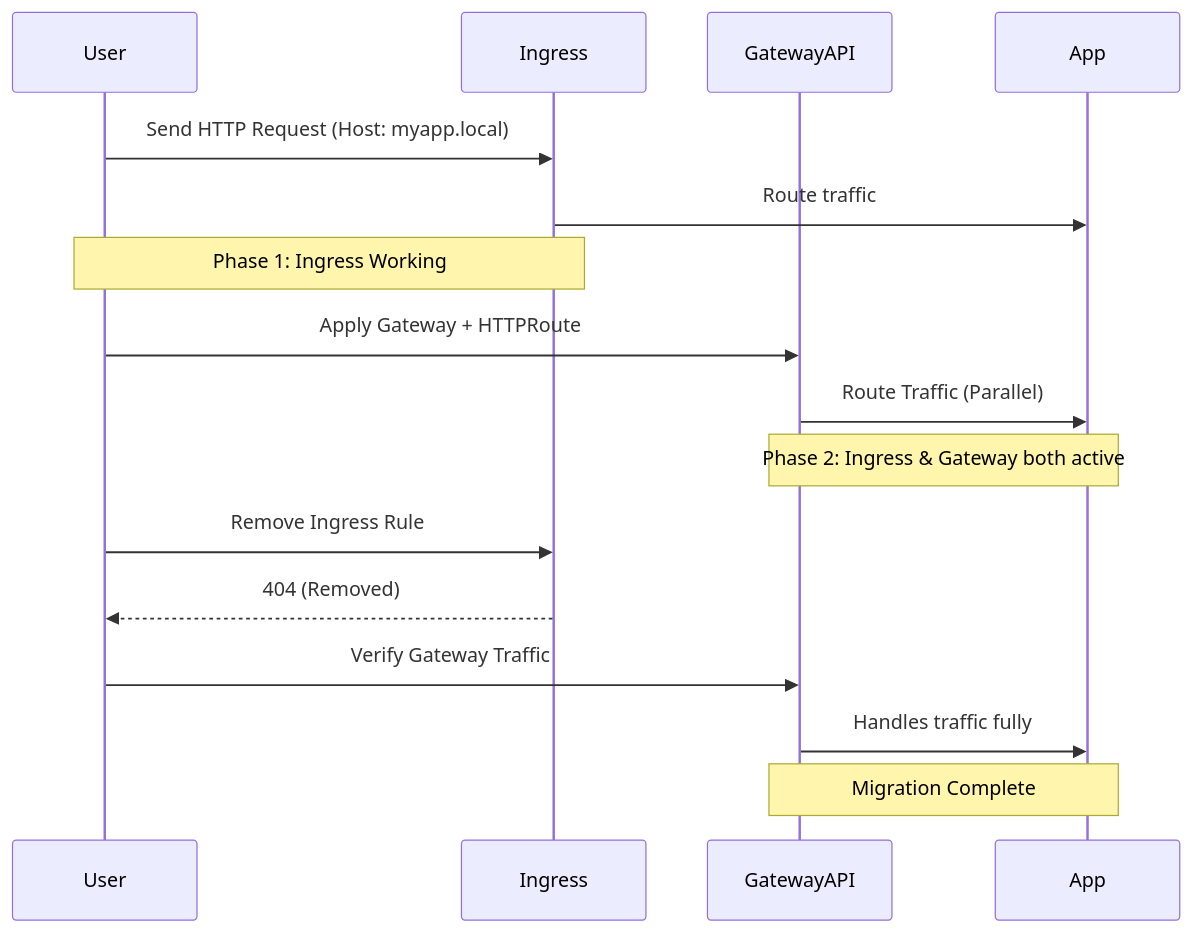
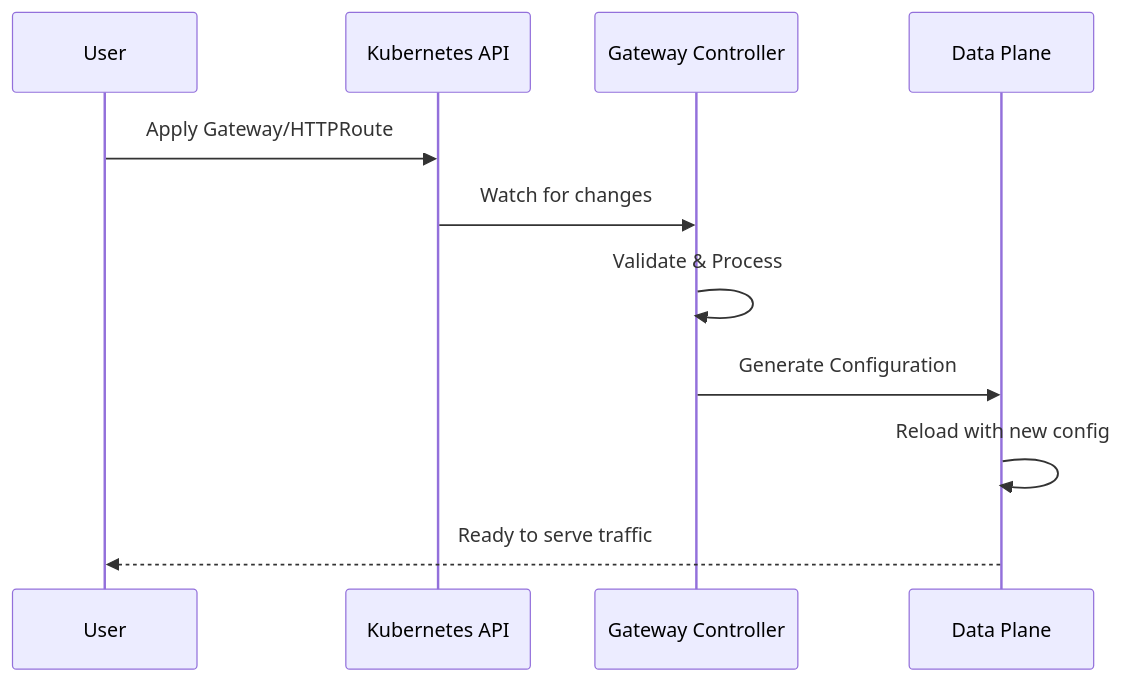
One commit to bharat-bhushan05/k8s-nginx-to-gateway-api-migration changed the eighth of 10 diagrams in README.md. Above: the diagram before and after it, drawn with Mermaid. The commit also changed other lines of this file, not shown here.

````diff
--- a/README.md
+++ b/README.md
@@ -61,21 +466,14 @@
 ```mermaid
 sequenceDiagram
-    participant User
-    participant Ingress
-    participant GatewayAPI
-    participant App
-
-    User->>Ingress: Send HTTP Request (Host: myapp.local)
-    Ingress->>App: Route traffic
-    Note over User,Ingress: Phase 1: Ingress Working
-
-    User->>GatewayAPI: Apply Gateway + HTTPRoute
-    GatewayAPI->>App: Route Traffic (Parallel)
-    Note over GatewayAPI,App: Phase 2: Ingress & Gateway both active
-
-    User->>Ingress: Remove Ingress Rule
-    Ingress-->>User: 404 (Removed)
-    User->>GatewayAPI: Verify Gateway Traffic
-    GatewayAPI->>App: Handles traffic fully
-    Note over GatewayAPI,App: Migration Complete
+    participant User as User
+    participant API as Kubernetes API
+    participant GC as Gateway Controller
+    participant DP as Data Plane
+    
+    User->>API: Apply Gateway/HTTPRoute
+    API->>GC: Watch for changes
+    GC->>GC: Validate & Process
+    GC->>DP: Generate Configuration
+    DP->>DP: Reload with new config
+    DP-->>User: Ready to serve traffic
 ```
````
